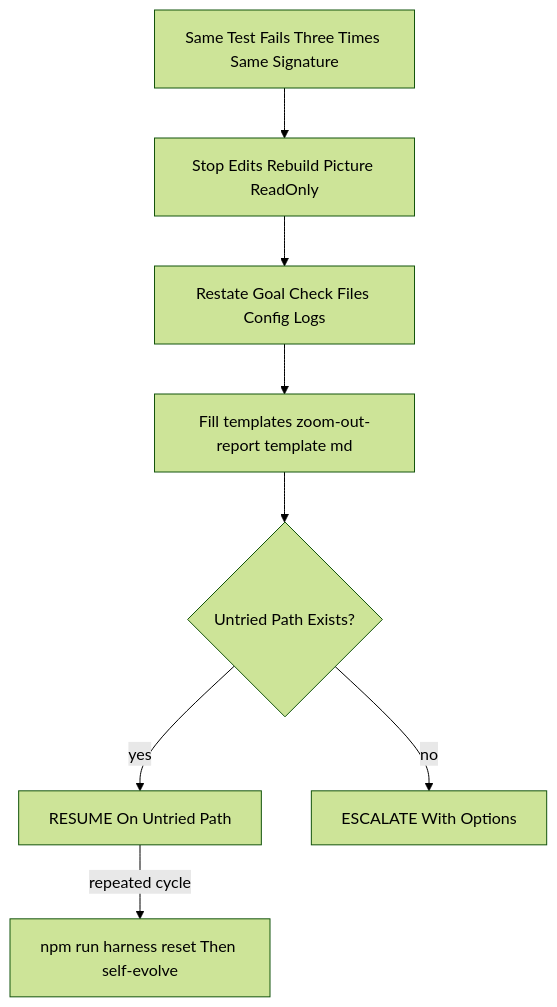
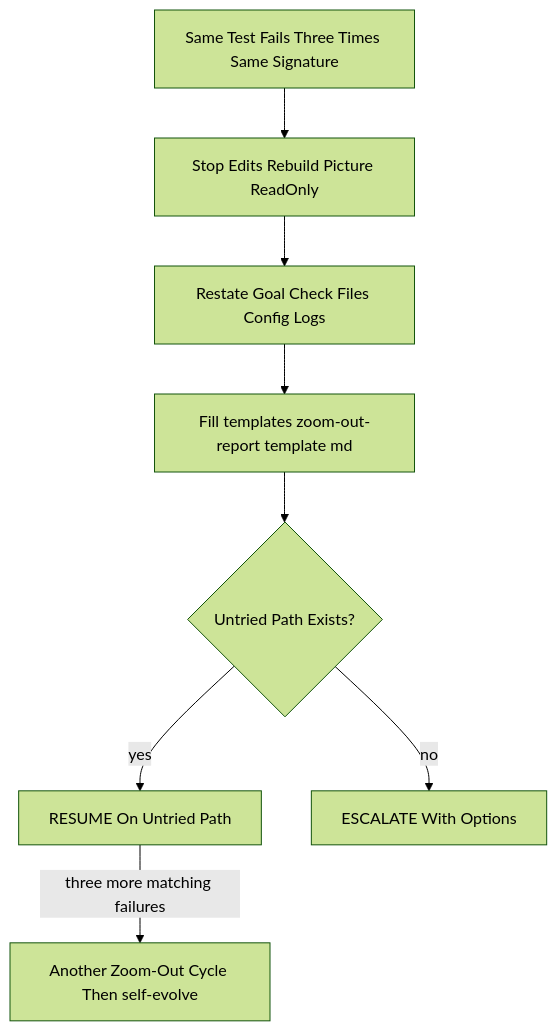
Before and after one commit to dyphn1/Harness-everything: the third of 3 diagrams in docs/workflows/zoom-out.md, drawn with Mermaid (forest theme). The commit also changed other lines of this file, not shown here.

First line of the commit message:
docs(zoom-out): Align workflow doc with advisory re-trip contract (#201)

````diff
--- a/docs/workflows/zoom-out.md
+++ b/docs/workflows/zoom-out.md
@@ -42,10 +42,10 @@
 ```mermaid
 graph TD
   Fail[Same Test Fails Three Times Same Signature] --> Halt[Stop Edits Rebuild Picture ReadOnly]
   Halt --> Inspect[Restate Goal Check Files Config Logs]
   Inspect --> Write[Fill templates zoom-out-report template md]
   Write --> Choice{Untried Path Exists?}
   Choice -->|yes| Resume2[RESUME On Untried Path]
   Choice -->|no| Esc2[ESCALATE With Options]
-  Resume2 -->|repeated cycle| Reset2[npm run harness reset Then self-evolve]
+  Resume2 -->|three more matching failures| Cycle2[Another Zoom-Out Cycle Then self-evolve]
 ```
````
